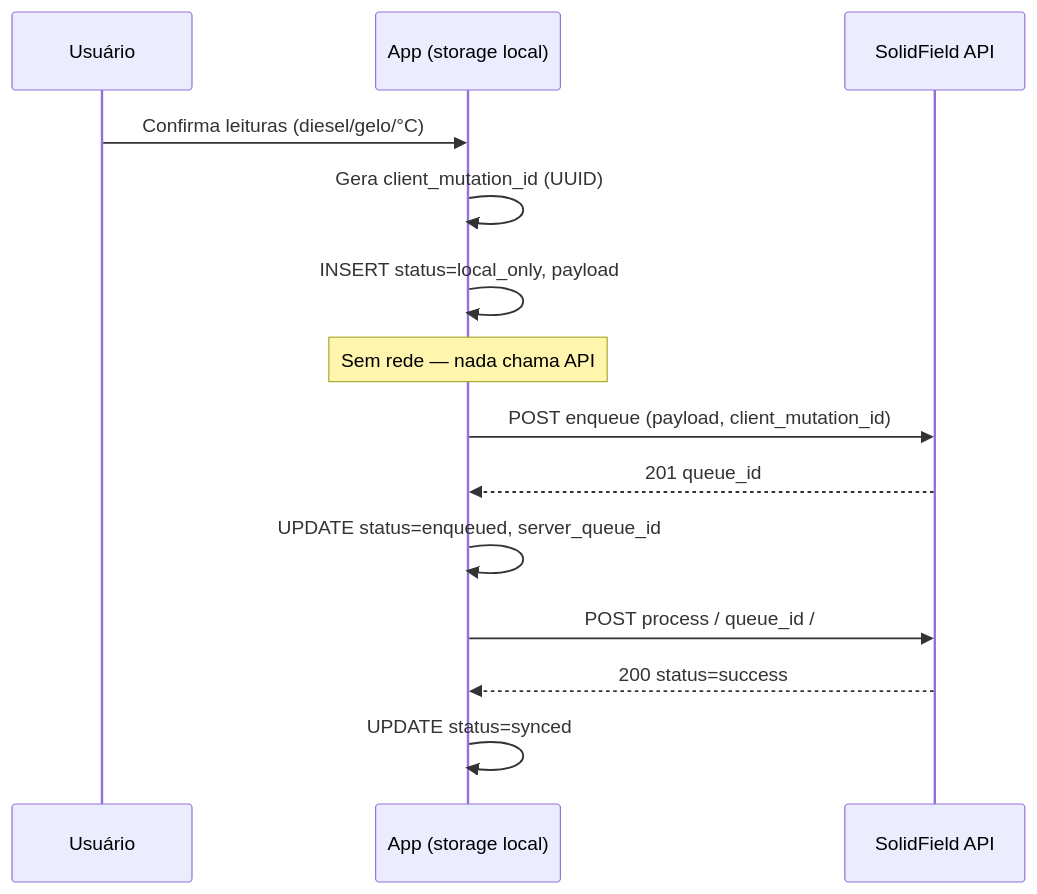
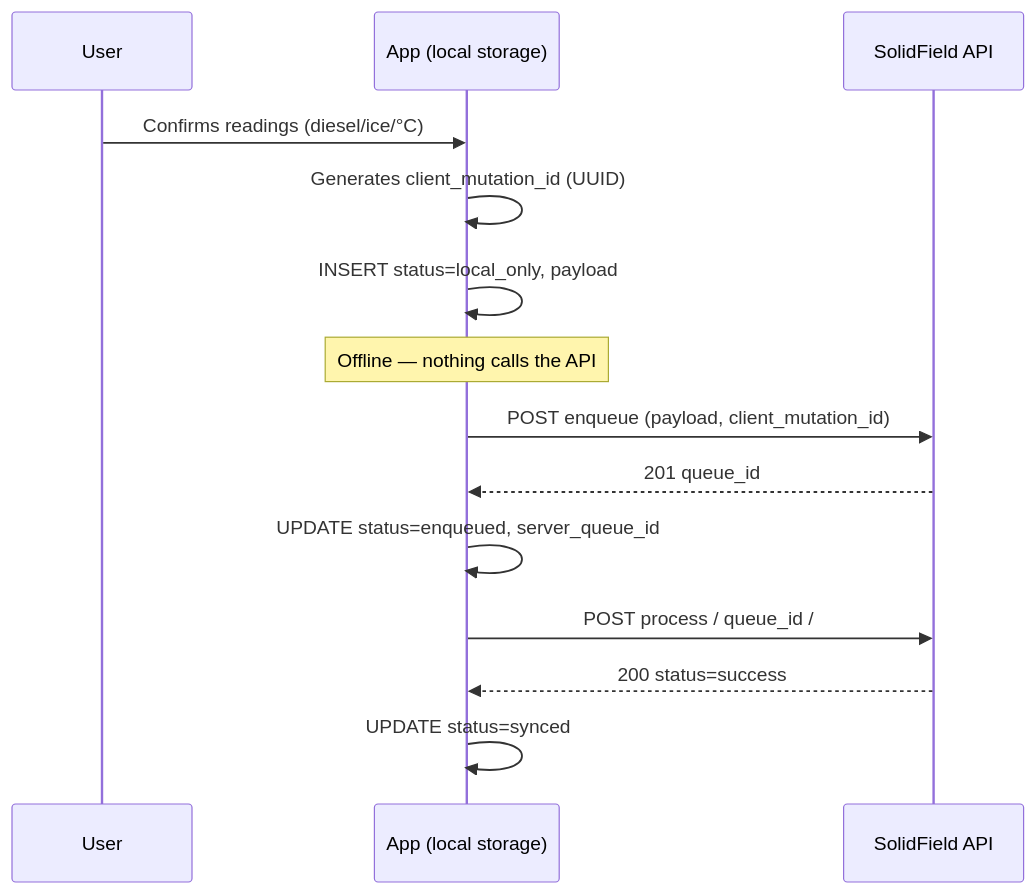
The diagram in backend/apps/core/CLIENT_OFFLINE_LOCAL_SYNC_SCHEMA.md (sf-internal-dev/solidfield_core), drawn with Mermaid before and after one commit. The commit also changed other lines of this file and 5 other files, not shown here.

````diff
--- a/backend/apps/core/CLIENT_OFFLINE_LOCAL_SYNC_SCHEMA.md
+++ b/backend/apps/core/CLIENT_OFFLINE_LOCAL_SYNC_SCHEMA.md
@@ -71,20 +71,20 @@
 ```mermaid
 sequenceDiagram
-    participant U as Usuário
-    participant App as App (storage local)
+    participant U as User
+    participant App as App (local storage)
     participant API as SolidField API
 
-    U->>App: Confirma leituras (diesel/gelo/°C)
-    App->>App: Gera client_mutation_id (UUID)
+    U->>App: Confirms readings (diesel/ice/°C)
+    App->>App: Generates client_mutation_id (UUID)
     App->>App: INSERT status=local_only, payload
 
-    Note over App: Sem rede — nada chama API
+    Note over App: Offline — nothing calls the API
 
     App->>API: POST enqueue (payload, client_mutation_id)
     API-->>App: 201 queue_id
     App->>App: UPDATE status=enqueued, server_queue_id
 
     App->>API: POST process / queue_id /
     API-->>App: 200 status=success
     App->>App: UPDATE status=synced
 ```
````
